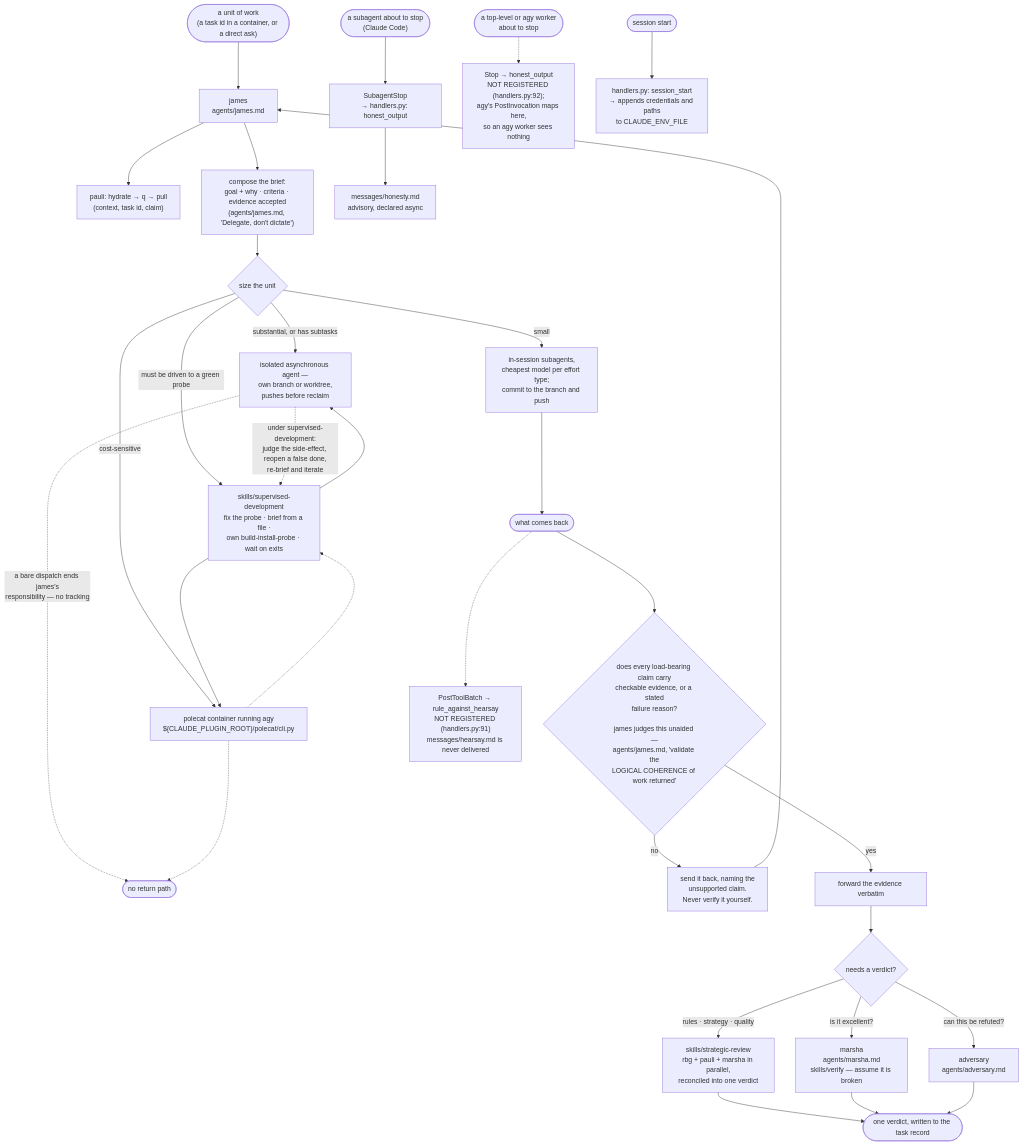
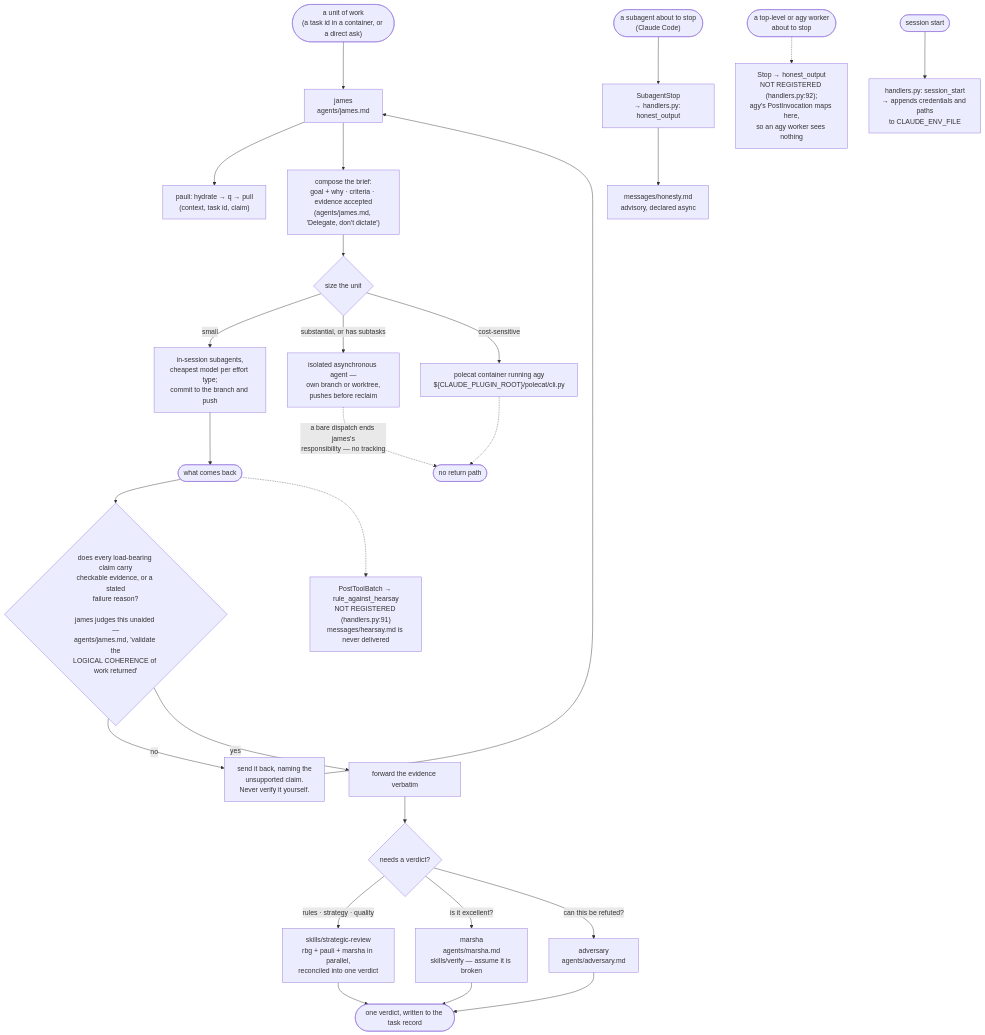
The diagram in plugins/orchestrate/README.md (nicsuzor/academicOps), drawn with Mermaid before and after one commit. The commit also changed other lines of this file and 21 other files, not shown here.

````diff
--- a/plugins/orchestrate/README.md
+++ b/plugins/orchestrate/README.md
@@ -12,41 +12,35 @@
 ```mermaid
 flowchart TD
     IN(["a unit of work<br/>(a task id in a container, or a direct ask)"]) --> J["james<br/>agents/james.md"]
     J --> HY["pauli: hydrate → q → pull<br/>(context, task id, claim)"]
     J --> B["compose the brief:<br/>goal + why · criteria · evidence accepted<br/>(agents/james.md, 'Delegate, don't dictate')"]
     B --> S{"size the unit"}
 
     S -->|small| SUB["in-session subagents,<br/>cheapest model per effort type;<br/>commit to the branch and push"]
     S -->|"substantial, or has subtasks"| ASY["isolated asynchronous agent —<br/>own branch or worktree,<br/>pushes before reclaim"]
     S -->|cost-sensitive| POL["polecat container running agy<br/>${CLAUDE_PLUGIN_ROOT}/polecat/cli.py"]
 
-    S -->|"must be driven to a green probe"| SUP["skills/supervised-development<br/>fix the probe · brief from a file ·<br/>own build-install-probe · wait on exits"]
-    SUP --> ASY
-    SUP --> POL
-
     ASY -.->|"a bare dispatch ends james's<br/>responsibility — no tracking"| X([no return path])
     POL -.-> X
-    ASY -.->|"under supervised-development:<br/>judge the side-effect, reopen a false done,<br/>re-brief and iterate"| SUP
-    POL -.-> SUP
 
     SUB --> RET(["what comes back"])
     RET --> D{"does every load-bearing claim carry<br/>checkable evidence, or a stated<br/>failure reason?<br/><br/>james judges this unaided —<br/>agents/james.md, 'validate the<br/>LOGICAL COHERENCE of work returned'"}
     RET -.-> H1["PostToolBatch → rule_against_hearsay<br/>NOT REGISTERED (handlers.py:91)<br/>messages/hearsay.md is never delivered"]
     D -->|no| BACK["send it back, naming the<br/>unsupported claim.<br/>Never verify it yourself."]
     D -->|yes| FWD["forward the evidence verbatim"]
     BACK --> J
 
     FWD --> REV{"needs a verdict?"}
     REV -->|"rules · strategy · quality"| SR["skills/strategic-review<br/>rbg + pauli + marsha in parallel,<br/>reconciled into one verdict"]
     REV -->|"is it excellent?"| MAR["marsha<br/>agents/marsha.md<br/>skills/verify — assume it is broken"]
     REV -->|"can this be refuted?"| ADV["adversary<br/>agents/adversary.md"]
     SR --> OUT(["one verdict, written to the task record"])
     MAR --> OUT
     ADV --> OUT
 
     ANY(["a subagent about to stop<br/>(Claude Code)"]) --> H2["SubagentStop<br/>→ handlers.py: honest_output"]
     H2 --> MSG2["messages/honesty.md<br/>advisory, declared async"]
     ANY2(["a top-level or agy worker<br/>about to stop"]) -.-> H2X["Stop → honest_output<br/>NOT REGISTERED (handlers.py:92);<br/>agy's PostInvocation maps here,<br/>so an agy worker sees nothing"]
 
     SS(["session start"]) --> H3["handlers.py: session_start<br/>→ appends credentials and paths<br/>to CLAUDE_ENV_FILE"]
 ```
````
